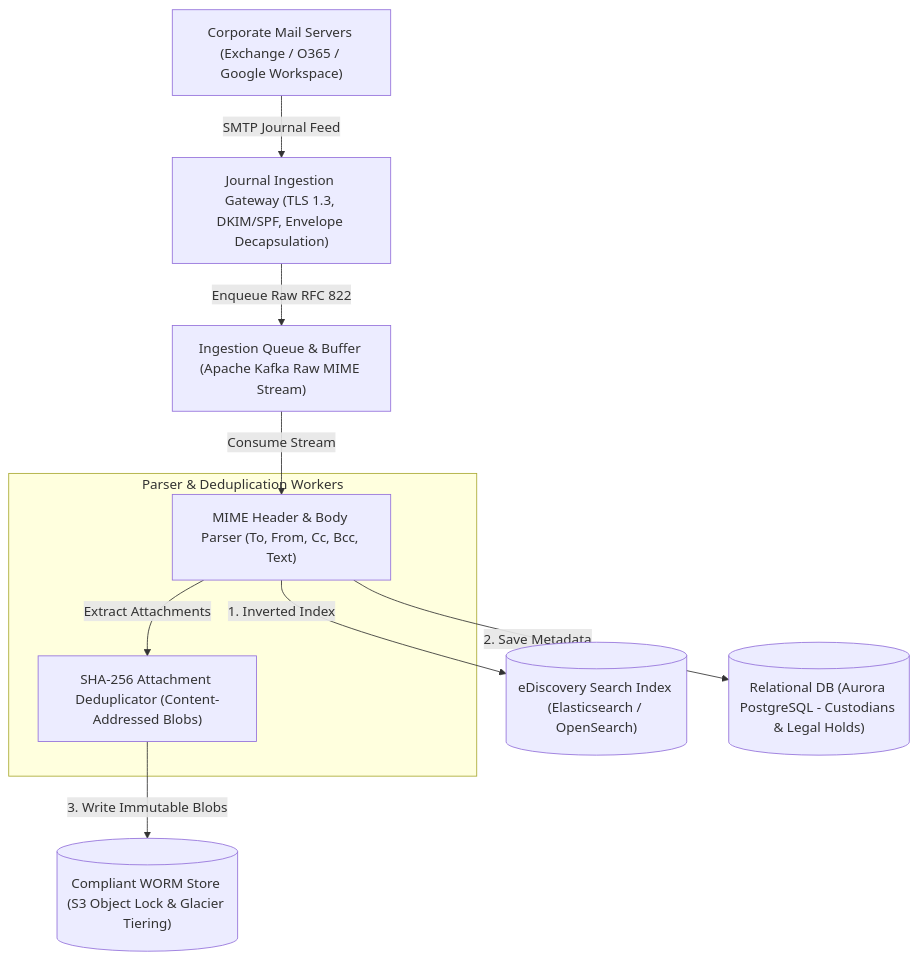
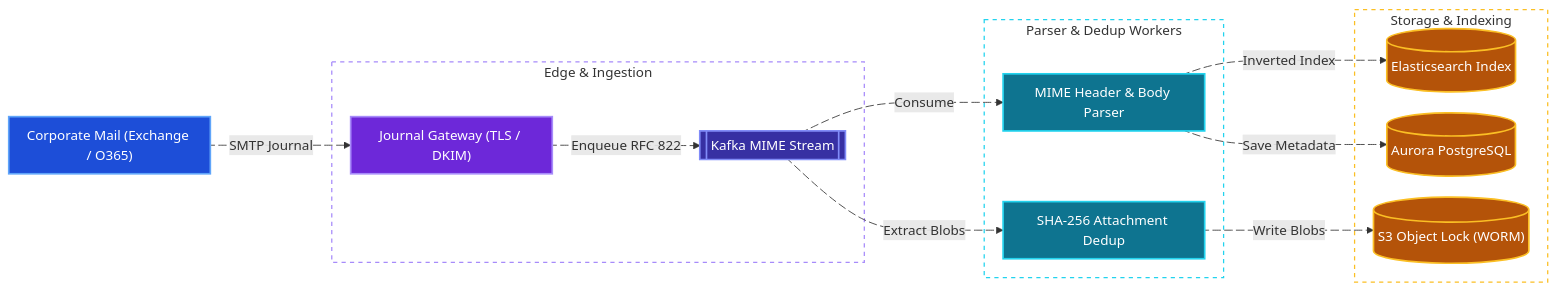
Before and after one commit to tarunbatta/tech-interview-prep: the first of 4 diagrams in system-design/email-archive.md, drawn with Mermaid. The commit also changed other lines of this file and 30 other files, not shown here.

First line of the commit message:
docs(system-design): convert Mermaid flowcharts to LR with colors and animated edges

````diff
--- a/system-design/email-archive.md
+++ b/system-design/email-archive.md
@@ -65,20 +65,49 @@
 ```mermaid
-flowchart TD
-    MailSrc["Corporate Mail Servers (Exchange / O365 / Google Workspace)"]
-    IngestGW["Journal Ingestion Gateway (TLS 1.3, DKIM/SPF, Envelope Decapsulation)"]
-    Kafka["Ingestion Queue & Buffer (Apache Kafka Raw MIME Stream)"]
-    subgraph Workers["Parser & Deduplication Workers"]
-        MIMEParser["MIME Header & Body Parser (To, From, Cc, Bcc, Text)"]
-        Dedup["SHA-256 Attachment Deduplicator (Content-Addressed Blobs)"]
-        MIMEParser -->|"Extract Attachments"| Dedup
+%%{init: {'flowchart': {'nodeSpacing': 25, 'rankSpacing': 45, 'padding': 10}}}%%
+flowchart LR
+    MailSrc["Corporate Mail (Exchange / O365)"]
+    subgraph EdgeTier["Edge & Ingestion"]
+        IngestGW["Journal Gateway (TLS / DKIM)"]
+        Kafka[["Kafka MIME Stream"]]
     end
-    SearchIdx[("eDiscovery Search Index (Elasticsearch / OpenSearch)")]
-    RelDB[("Relational DB (Aurora PostgreSQL - Custodians & Legal Holds)")]
-    WORM[("Compliant WORM Store (S3 Object Lock & Glacier Tiering)")]
-    MailSrc -->|"SMTP Journal Feed"| IngestGW
-    IngestGW -->|"Enqueue Raw RFC 822"| Kafka
-    Kafka -->|"Consume Stream"| MIMEParser
-    MIMEParser -->|"1. Inverted Index"| SearchIdx
-    MIMEParser -->|"2. Save Metadata"| RelDB
-    Dedup -->|"3. Write Immutable Blobs"| WORM
+    subgraph Workers["Parser & Dedup Workers"]
+        MIMEParser["MIME Header & Body Parser"]
+        Dedup["SHA-256 Attachment Dedup"]
+    end
+    subgraph DataLayer["Storage & Indexing"]
+        SearchIdx[("Elasticsearch Index")]
+        RelDB[("Aurora PostgreSQL")]
+        WORM[("S3 Object Lock (WORM)")]
+    end
+    MailSrc e1@-->|"SMTP Journal"| IngestGW
+    IngestGW e2@-->|"Enqueue RFC 822"| Kafka
+    Kafka e3@-->|"Consume"| MIMEParser
+    Kafka e4@-->|"Extract Blobs"| Dedup
+    MIMEParser e5@-->|"Inverted Index"| SearchIdx
+    MIMEParser e6@-->|"Save Metadata"| RelDB
+    Dedup e7@-->|"Write Blobs"| WORM
+
+    e1@{ animate: true }
+    e2@{ animate: true }
+    e3@{ animate: true }
+    e4@{ animate: true }
+    e5@{ animate: true }
+    e6@{ animate: true }
+    e7@{ animate: true }
+
+    classDef client fill:#1d4ed8,stroke:#60a5fa,stroke-width:2px,color:#ffffff
+    classDef edge fill:#6d28d9,stroke:#a78bfa,stroke-width:2px,color:#ffffff
+    classDef worker fill:#0e7490,stroke:#22d3ee,stroke-width:2px,color:#ffffff
+    classDef storage fill:#b45309,stroke:#fbbf24,stroke-width:2px,color:#ffffff
+    classDef queue fill:#3730a3,stroke:#818cf8,stroke-width:2px,color:#ffffff
+
+    class MailSrc client
+    class IngestGW edge
+    class Kafka queue
+    class MIMEParser,Dedup worker
+    class SearchIdx,RelDB,WORM storage
+
+    style EdgeTier fill:transparent,stroke:#a78bfa,stroke-width:1.5px,stroke-dasharray: 5 5
+    style Workers fill:transparent,stroke:#22d3ee,stroke-width:1.5px,stroke-dasharray: 5 5
+    style DataLayer fill:transparent,stroke:#fbbf24,stroke-width:1.5px,stroke-dasharray: 5 5
 ```
````
